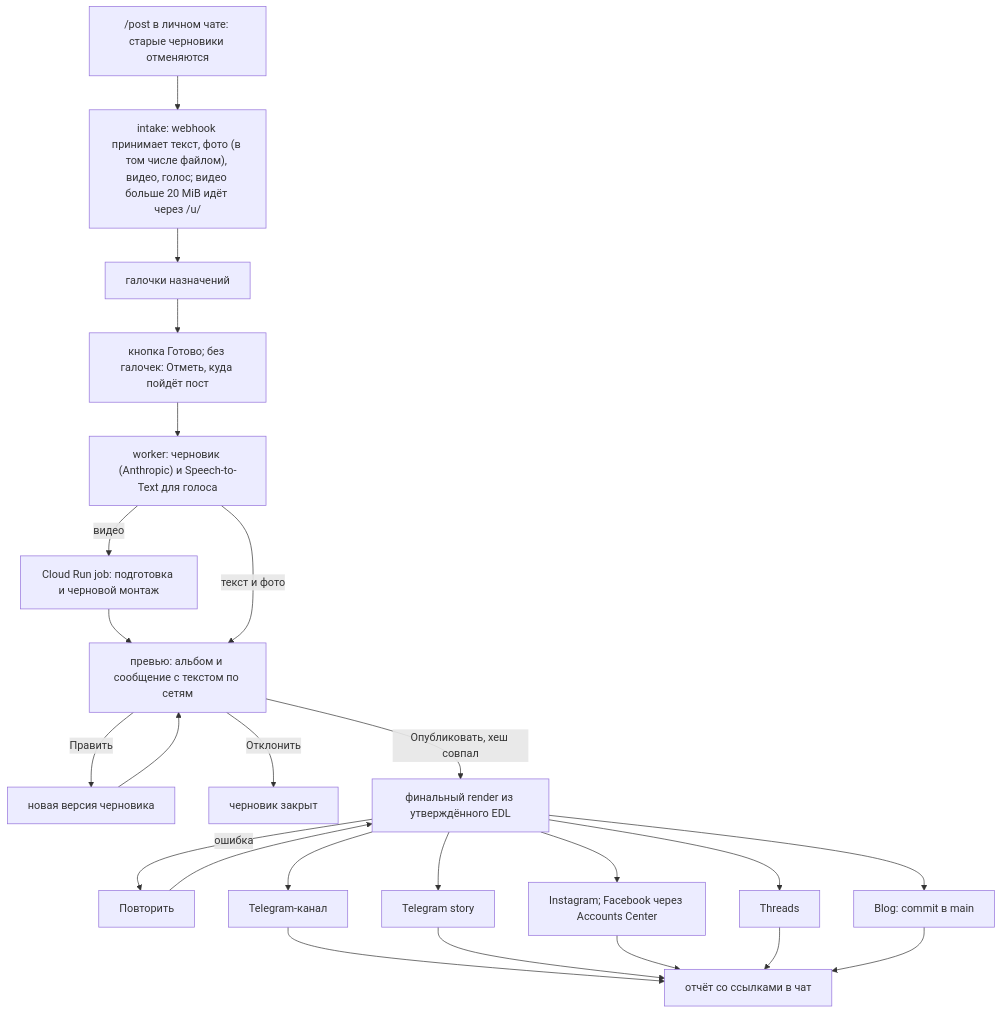
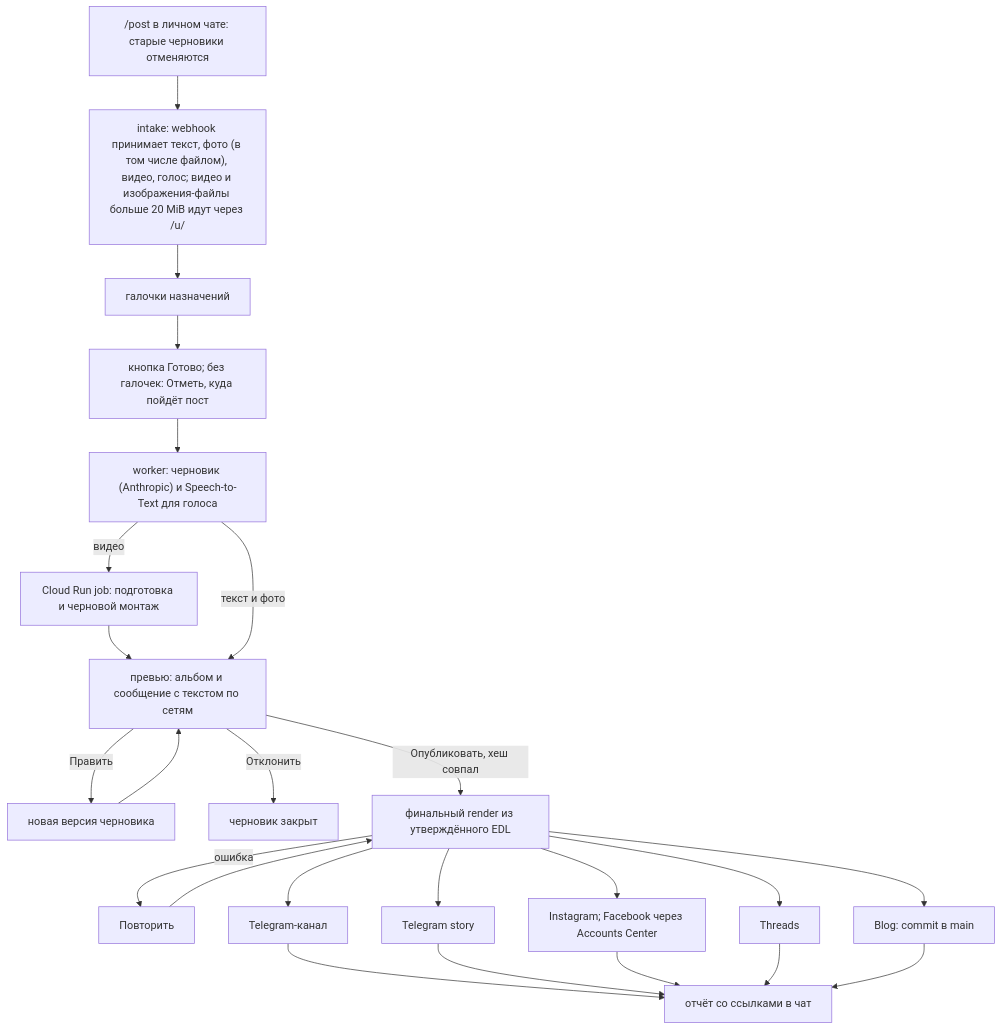
Before and after one commit to romacv/romacv: the third of 3 diagrams in autopost/docs/autopost.md, drawn with Mermaid. The commit also changed other lines of this file, not shown here.

Commit message:
Autoposter docs: image files over 20 MiB upload through /u/

````diff
--- a/autopost/docs/autopost.md
+++ b/autopost/docs/autopost.md
@@ -114,26 +114,26 @@
 ```mermaid
 flowchart TD
-    cmd["/post в личном чате: старые черновики отменяются"] --> intake["intake: webhook принимает текст, фото (в том числе файлом), видео, голос; видео больше 20 MiB идёт через /u/"]
+    cmd["/post в личном чате: старые черновики отменяются"] --> intake["intake: webhook принимает текст, фото (в том числе файлом), видео, голос; видео и изображения-файлы больше 20 MiB идут через /u/"]
     intake --> boxes["галочки назначений"]
     boxes --> done["кнопка Готово; без галочек: Отметь, куда пойдёт пост"]
     done --> agent["worker: черновик (Anthropic) и Speech-to-Text для голоса"]
     agent -->|видео| prep["Cloud Run job: подготовка и черновой монтаж"]
     prep --> preview
     agent -->|текст и фото| preview["превью: альбом и сообщение с текстом по сетям"]
     preview -->|Править| edit["новая версия черновика"]
     edit --> preview
     preview -->|Отклонить| closed["черновик закрыт"]
     preview -->|Опубликовать, хеш совпал| final["финальный render из утверждённого EDL"]
     final -->|ошибка| retry["Повторить"]
     retry --> final
     final --> tgc["Telegram-канал"]
     final --> tgs["Telegram story"]
     final --> ig["Instagram; Facebook через Accounts Center"]
     final --> th["Threads"]
     final --> blog["Blog: commit в main"]
     tgc --> report["отчёт со ссылками в чат"]
     tgs --> report
     ig --> report
     th --> report
     blog --> report
 ```
````
